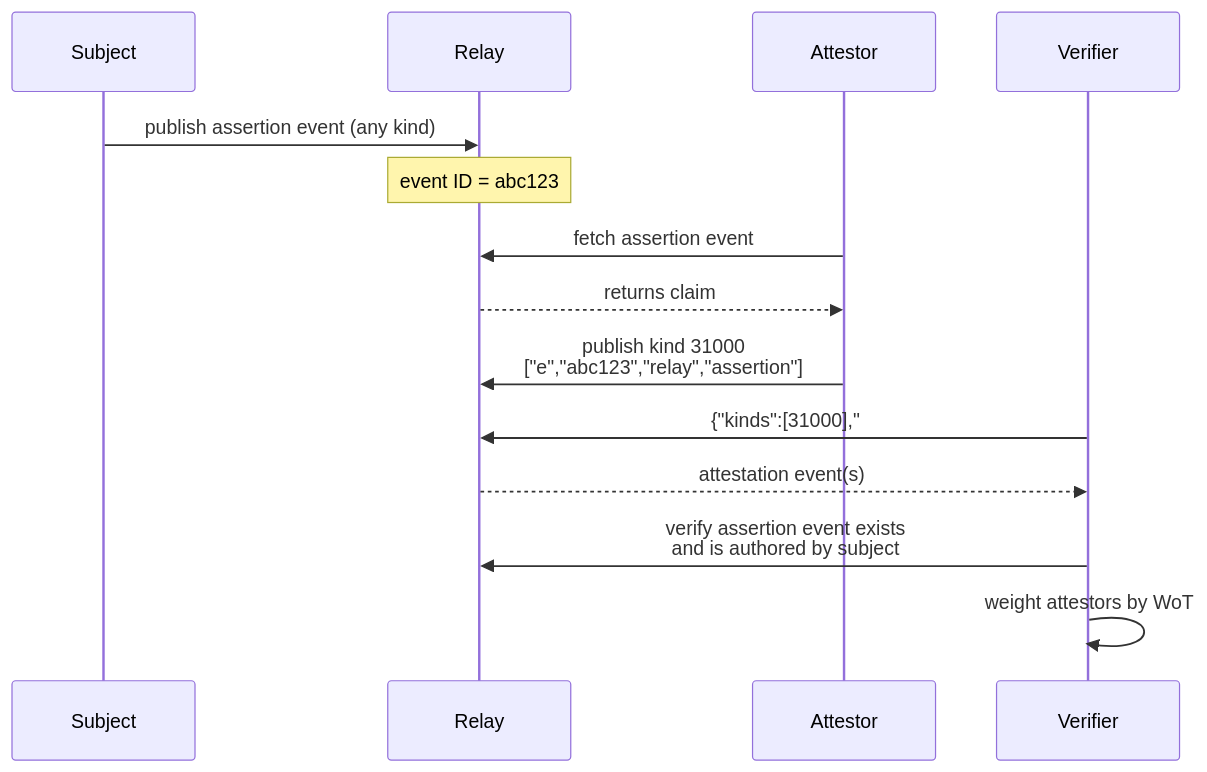
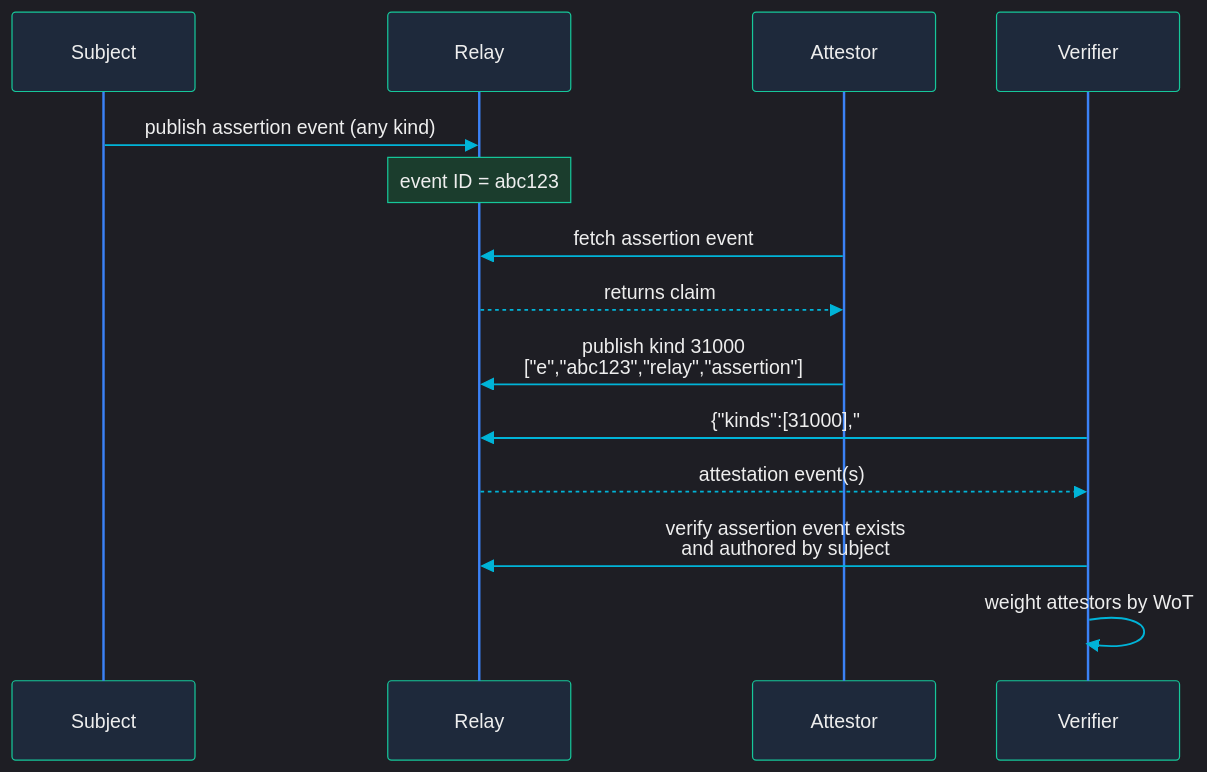
One commit to forgesworn/nostr-attestations changed the diagram in assets/assertion-first-flow.mmd. Above: the diagram before and after it, drawn with Mermaid. The commit also changed 8 other files, not shown here.

First line of the commit message:
chore: ForgeSworn-styled diagrams, auto-sync workflow to nip-drafts

```diff
--- a/assets/assertion-first-flow.mmd
+++ b/assets/assertion-first-flow.mmd
@@ -1,19 +1,20 @@
+%%{init: {'theme': 'dark', 'themeVariables': {'actorBkg': '#1e293b', 'actorBorder': '#16c79a', 'actorTextColor': '#eee', 'actorLineColor': '#3b82f6', 'signalColor': '#00b4d8', 'signalTextColor': '#eee', 'activationBkgColor': '#2d1b3d', 'activationBorderColor': '#8b5cf6', 'noteBkgColor': '#1b3d2d', 'noteTextColor': '#eee', 'noteBorderColor': '#16c79a'}}}%%
 sequenceDiagram
     participant S as Subject
     participant R as Relay
     participant A as Attestor
     participant V as Verifier
 
     S->>R: publish assertion event (any kind)
     Note over R: event ID = abc123
 
     A->>R: fetch assertion event
     R-->>A: returns claim
 
     A->>R: publish kind 31000<br/>["e","abc123","relay","assertion"]
 
     V->>R: {"kinds":[31000],"#e":["abc123"]}
     R-->>V: attestation event(s)
 
-    V->>R: verify assertion event exists<br/>and is authored by subject
+    V->>R: verify assertion event exists<br/>and authored by subject
     V->>V: weight attestors by WoT
```
